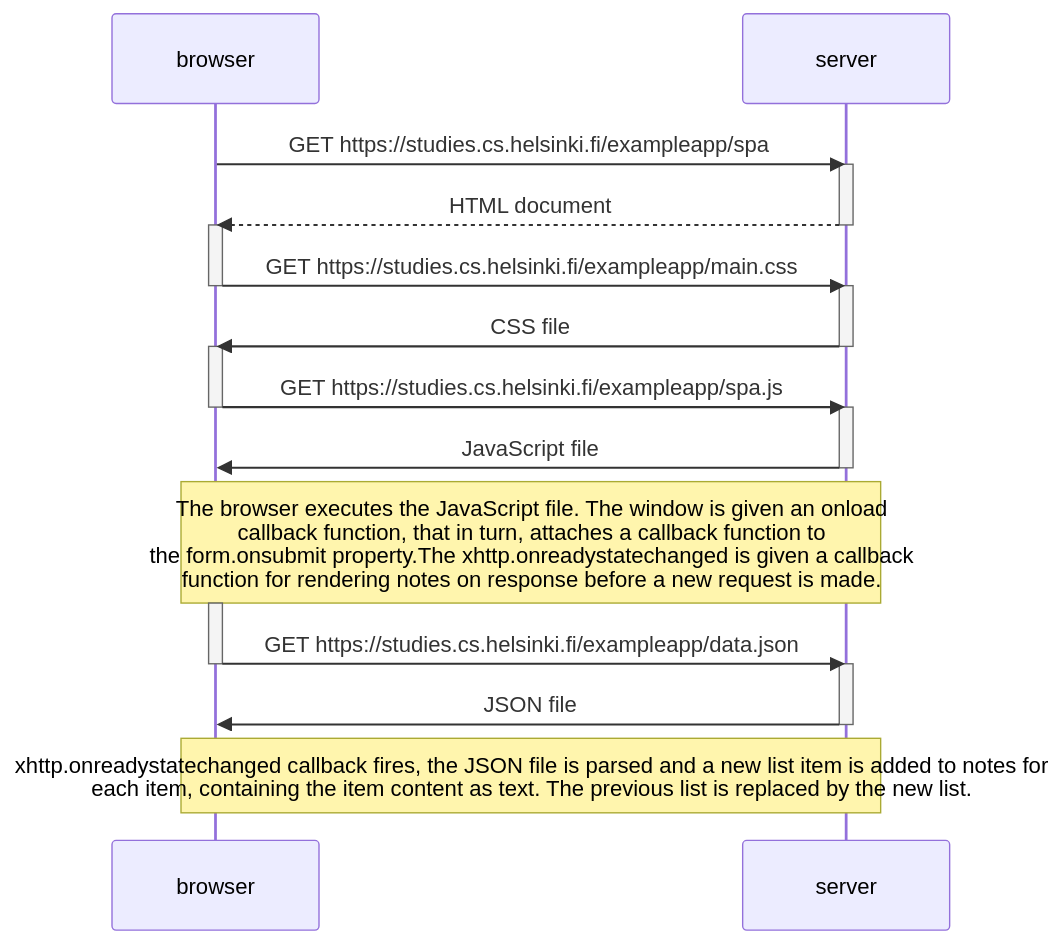
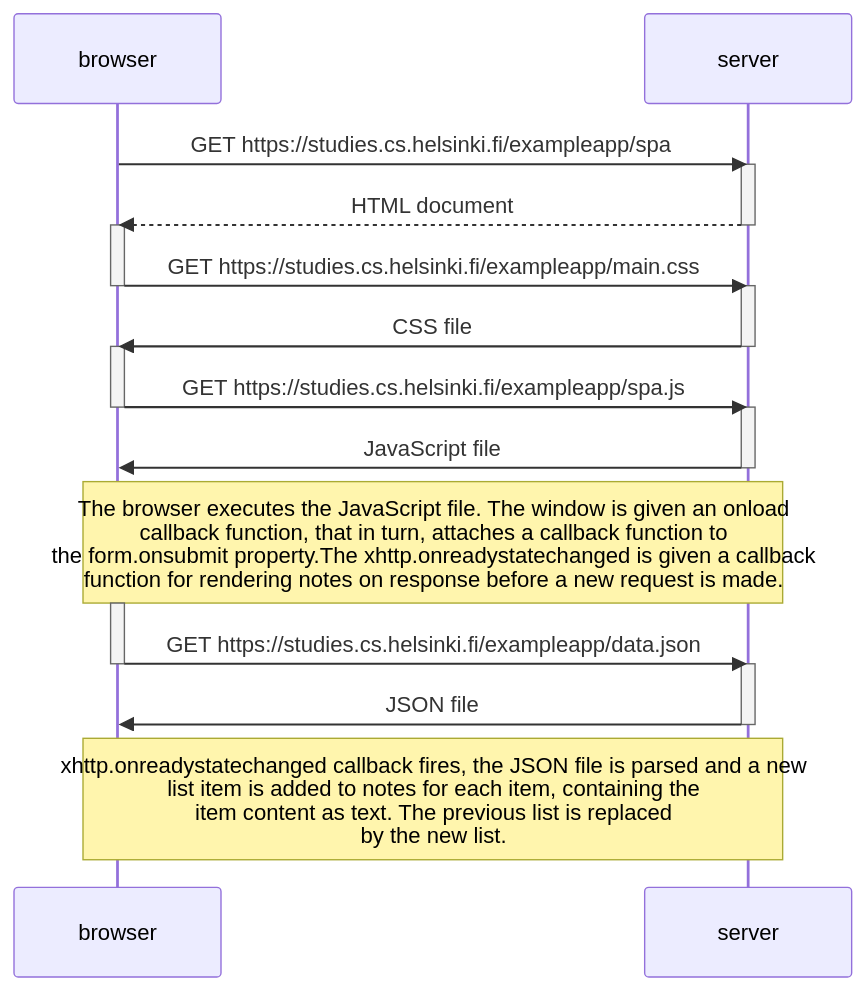
One commit to Willowfang/FullStackOpen changed the second of 2 diagrams in osa0/README.md. Above: the diagram before and after it, drawn with Mermaid.

````diff
--- a/osa0/README.md
+++ b/osa0/README.md
@@ -53,39 +53,39 @@
 ```mermaid
 sequenceDiagram
     participant browser
     participant server
 
     browser->>server: GET https://studies.cs.helsinki.fi/exampleapp/spa
 
     activate server
     server-->>browser: HTML document
     deactivate server
 
     activate browser
     browser->>server: GET https://studies.cs.helsinki.fi/exampleapp/main.css
     deactivate browser
 
     activate server
     server->>browser: CSS file
     deactivate server
 
     activate browser
     browser->>server: GET https://studies.cs.helsinki.fi/exampleapp/spa.js
     deactivate browser
 
     activate server
     server->>browser: JavaScript file
     deactivate server
 
     Note over browser,server: The browser executes the JavaScript file. The window is given an onload<br/>callback function, that in turn, attaches a callback function to<br/> the form.onsubmit property.The xhttp.onreadystatechanged is given a callback<br/>function for rendering notes on response before a new request is made.
 
     activate browser
     browser->>server: GET https://studies.cs.helsinki.fi/exampleapp/data.json
     deactivate browser
 
     activate server
     server->>browser: JSON file
     deactivate server
 
-    Note over browser,server: xhttp.onreadystatechanged callback fires, the JSON file is parsed and a new list item is added to notes for<br/>each item, containing the item content as text. The previous list is replaced by the new list.
+    Note over browser,server: xhttp.onreadystatechanged callback fires, the JSON file is parsed and a new<br/>list item is added to notes for each item, containing the <br/>item content as text. The previous list is replaced <br/>by the new list.
 ```
````
